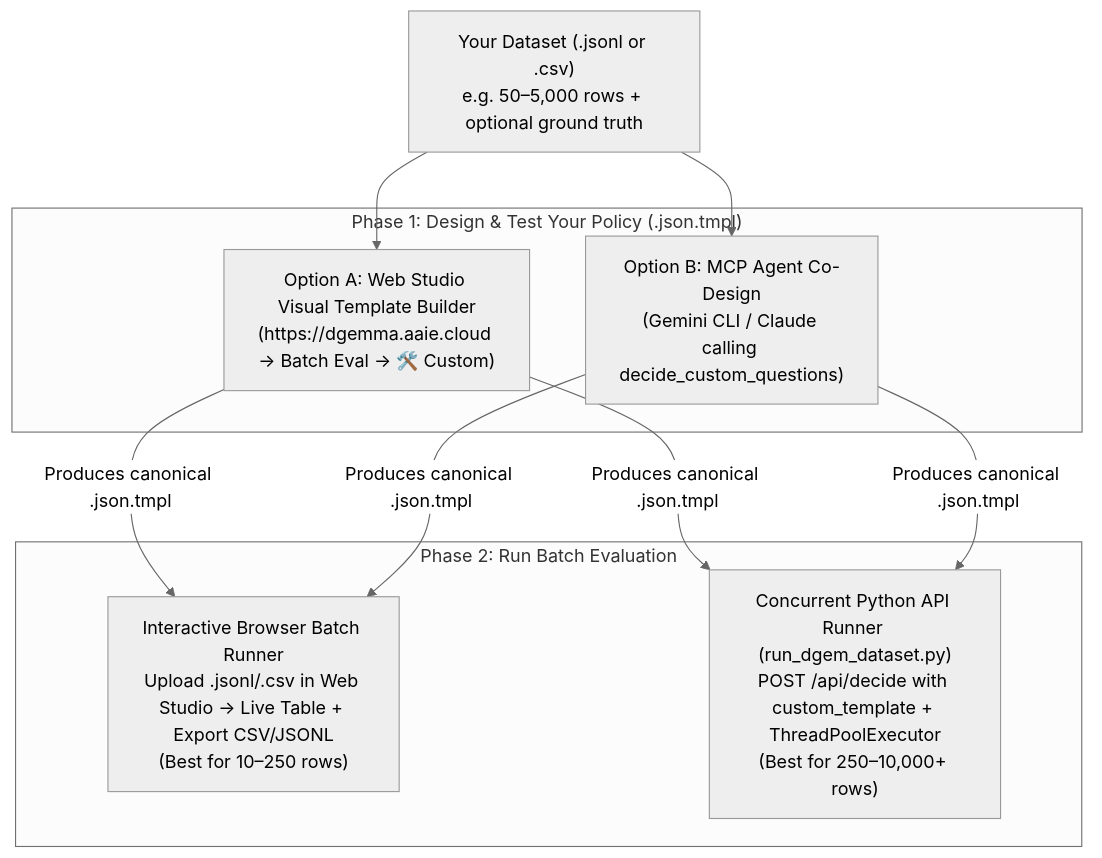
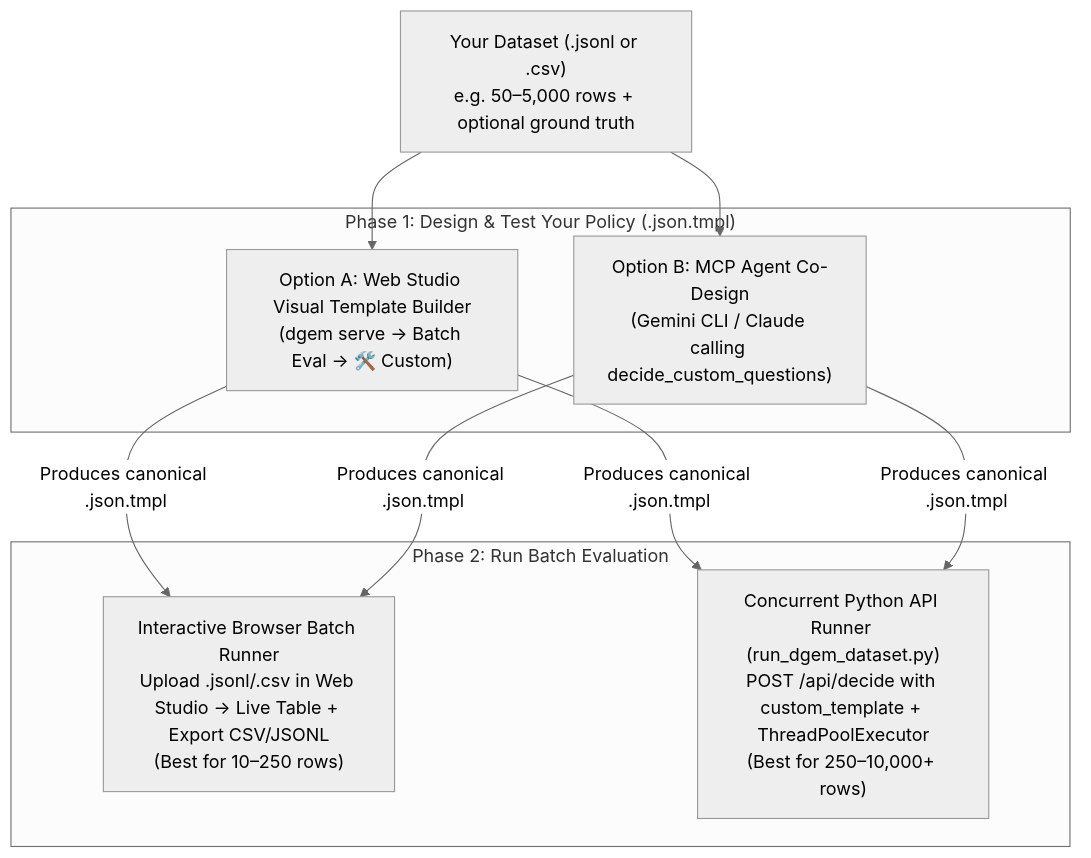
Before and after one commit to ghchinoy/dgem: the diagram in docs-site/src/content/docs/custom-dataset-guide.md, drawn with Mermaid (neutral theme). The commit also changed other lines of this file and 16 other files, not shown here.

````diff
--- a/docs-site/src/content/docs/custom-dataset-guide.md
+++ b/docs-site/src/content/docs/custom-dataset-guide.md
@@ -15,17 +15,17 @@
 ```mermaid
 flowchart TD
     Data["Your Dataset (.jsonl or .csv)<br/>e.g. 50–5,000 rows + optional ground truth"]
 
     subgraph Design["Phase 1: Design & Test Your Policy (.json.tmpl)"]
-        M1["Option A: Web Studio Visual Template Builder<br/>(https://dgemma.aaie.cloud → Batch Eval → 🛠️ Custom)"]
+        M1["Option A: Web Studio Visual Template Builder<br/>(dgem serve → Batch Eval → 🛠️ Custom)"]
         M2["Option B: MCP Agent Co-Design<br/>(Gemini CLI / Claude calling decide_custom_questions)"]
     end
 
     subgraph Execute["Phase 2: Run Batch Evaluation"]
         R1["Interactive Browser Batch Runner<br/>Upload .jsonl/.csv in Web Studio → Live Table + Export CSV/JSONL<br/>(Best for 10–250 rows)"]
         R2["Concurrent Python API Runner (run_dgem_dataset.py)<br/>POST /api/decide with custom_template + ThreadPoolExecutor<br/>(Best for 250–10,000+ rows)"]
     end
 
     Data --> M1 & M2
     M1 & M2 -->|"Produces canonical .json.tmpl"| R1 & R2
 ```
````
